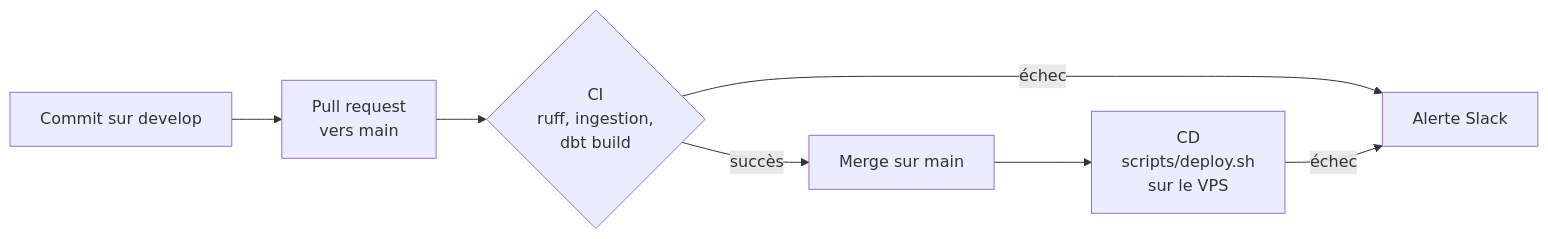
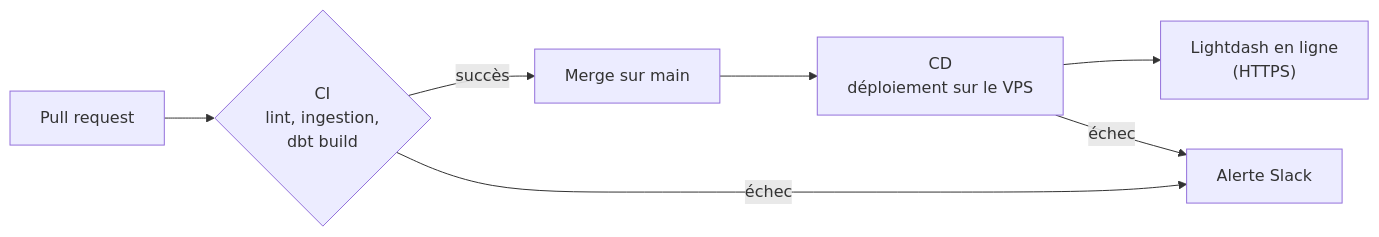
Before and after one commit to GuyMartial24/ecoshop-analytics: the third of 3 diagrams in README.md, drawn with Mermaid. The commit also changed other lines of this file and 1 other file, not shown here.

First line of the commit message:
docs: README recentré sur l'essentiel

````diff
--- a/README.md
+++ b/README.md
@@ -281,9 +193,9 @@
 ```mermaid
 flowchart LR
-    A["Commit sur develop"] --> B["Pull request<br/>vers main"]
-    B --> C{"CI<br/>ruff, ingestion,<br/>dbt build"}
-    C -->|échec| S["Alerte Slack"]
-    C -->|succès| D["Merge sur main"]
-    D --> E["CD<br/>scripts/deploy.sh<br/>sur le VPS"]
-    E -->|échec| S
+    A["Pull request"] --> B{"CI<br/>lint, ingestion,<br/>dbt build"}
+    B -->|succès| C["Merge sur main"]
+    C --> D["CD<br/>déploiement sur le VPS"]
+    D --> E["Lightdash en ligne<br/>(HTTPS)"]
+    B -->|échec| S["Alerte Slack"]
+    D -->|échec| S
 ```
````
